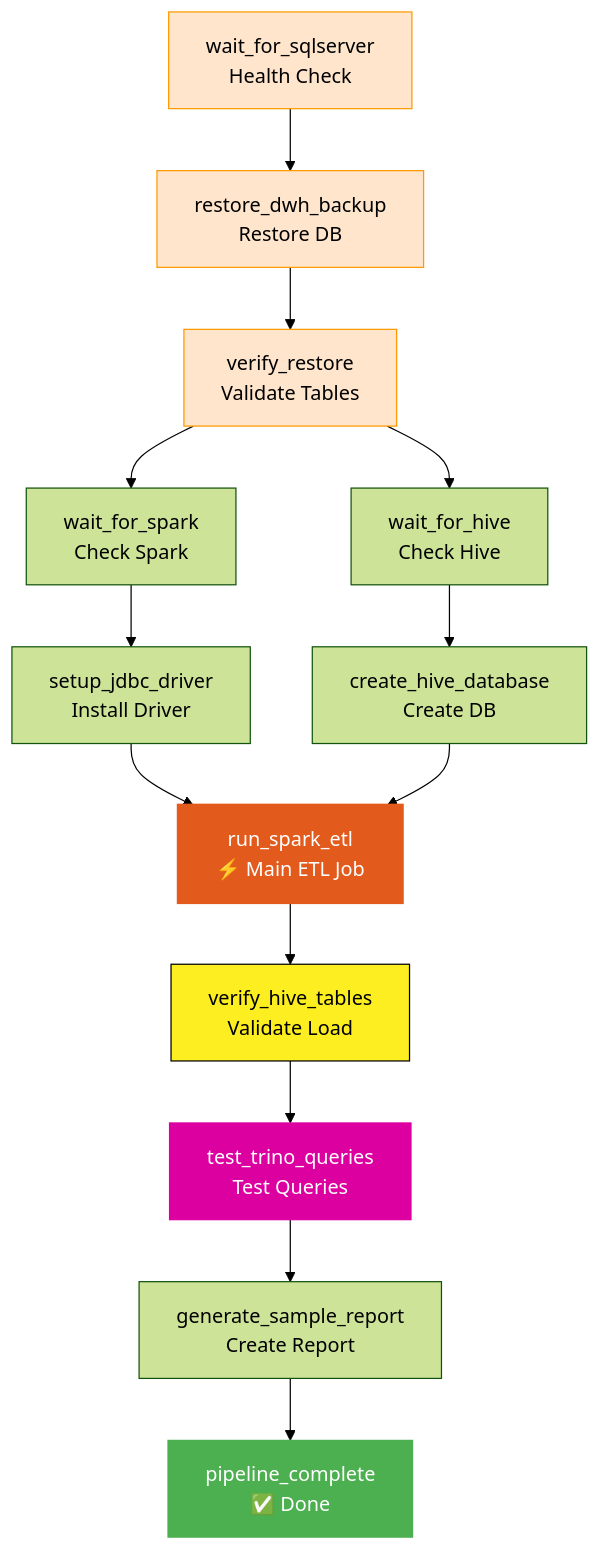
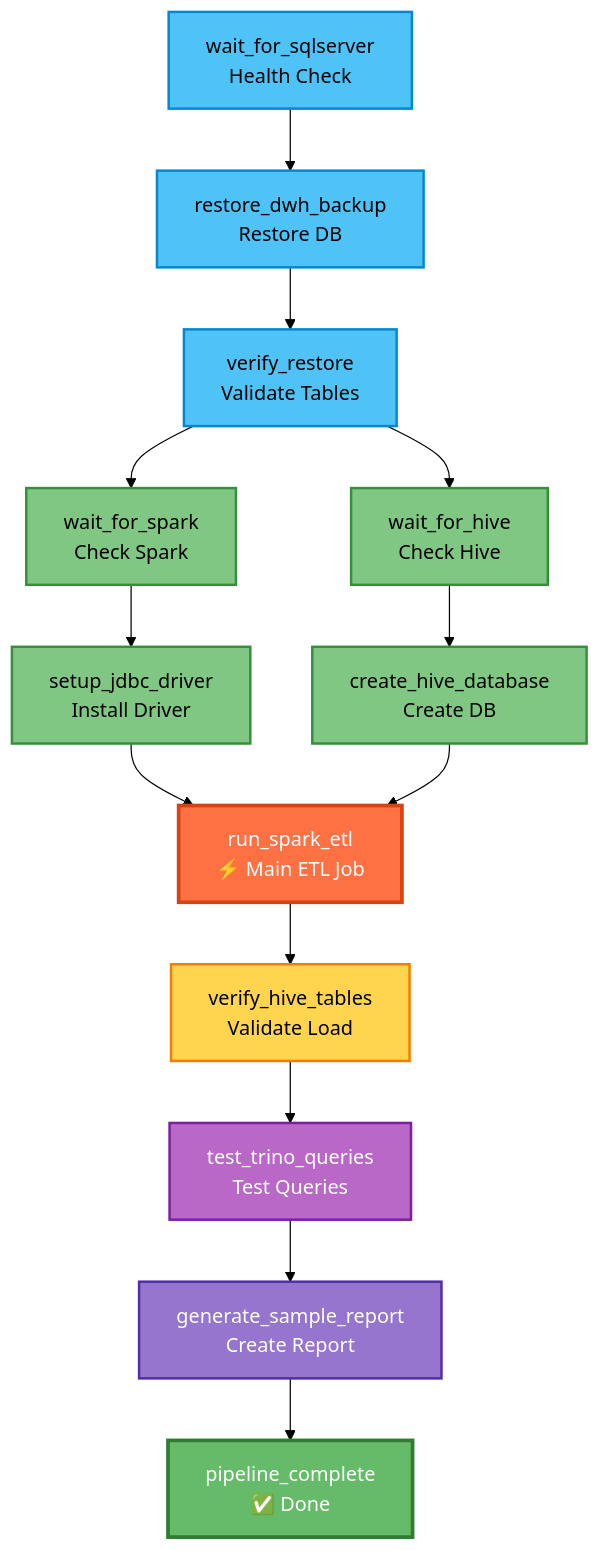
Before and after one commit to elewashy/DEPI: the second of 4 diagrams in Smart_City_Pipeline_2_Milestone_2/README.md, drawn with Mermaid (forest theme). The commit also changed other lines of this file and 3 other files, not shown here.

````diff
--- a/Smart_City_Pipeline_2_Milestone_2/README.md
+++ b/Smart_City_Pipeline_2_Milestone_2/README.md
@@ -173,23 +173,28 @@
 ```mermaid
 flowchart TB
     A[wait_for_sqlserver<br/>Health Check] --> B[restore_dwh_backup<br/>Restore DB]
     B --> C[verify_restore<br/>Validate Tables]
     C --> D[wait_for_spark<br/>Check Spark]
     C --> E[wait_for_hive<br/>Check Hive]
     D --> F[setup_jdbc_driver<br/>Install Driver]
     E --> G[create_hive_database<br/>Create DB]
     F --> H[run_spark_etl<br/>⚡ Main ETL Job]
     G --> H
     H --> I[verify_hive_tables<br/>Validate Load]
     I --> J[test_trino_queries<br/>Test Queries]
     J --> K[generate_sample_report<br/>Create Report]
     K --> L[pipeline_complete<br/>✅ Done]
 
-    style A fill:#FFE5CC,stroke:#FF9900
-    style B fill:#FFE5CC,stroke:#FF9900
-    style C fill:#FFE5CC,stroke:#FF9900
-    style H fill:#E25A1C,color:#fff,stroke:#E25A1C,stroke-width:3px
-    style I fill:#FDEE21,stroke:#000
-    style J fill:#DD00A1,color:#fff,stroke:#DD00A1
-    style L fill:#4CAF50,color:#fff,stroke:#4CAF50
+    style A fill:#4FC3F7,stroke:#0288D1,color:#000,stroke-width:2px
+    style B fill:#4FC3F7,stroke:#0288D1,color:#000,stroke-width:2px
+    style C fill:#4FC3F7,stroke:#0288D1,color:#000,stroke-width:2px
+    style D fill:#81C784,stroke:#388E3C,color:#000,stroke-width:2px
+    style E fill:#81C784,stroke:#388E3C,color:#000,stroke-width:2px
+    style F fill:#81C784,stroke:#388E3C,color:#000,stroke-width:2px
+    style G fill:#81C784,stroke:#388E3C,color:#000,stroke-width:2px
+    style H fill:#FF7043,stroke:#D84315,color:#fff,stroke-width:3px
+    style I fill:#FFD54F,stroke:#F57C00,color:#000,stroke-width:2px
+    style J fill:#BA68C8,stroke:#7B1FA2,color:#fff,stroke-width:2px
+    style K fill:#9575CD,stroke:#512DA8,color:#fff,stroke-width:2px
+    style L fill:#66BB6A,stroke:#2E7D32,color:#fff,stroke-width:3px
 ```
````
